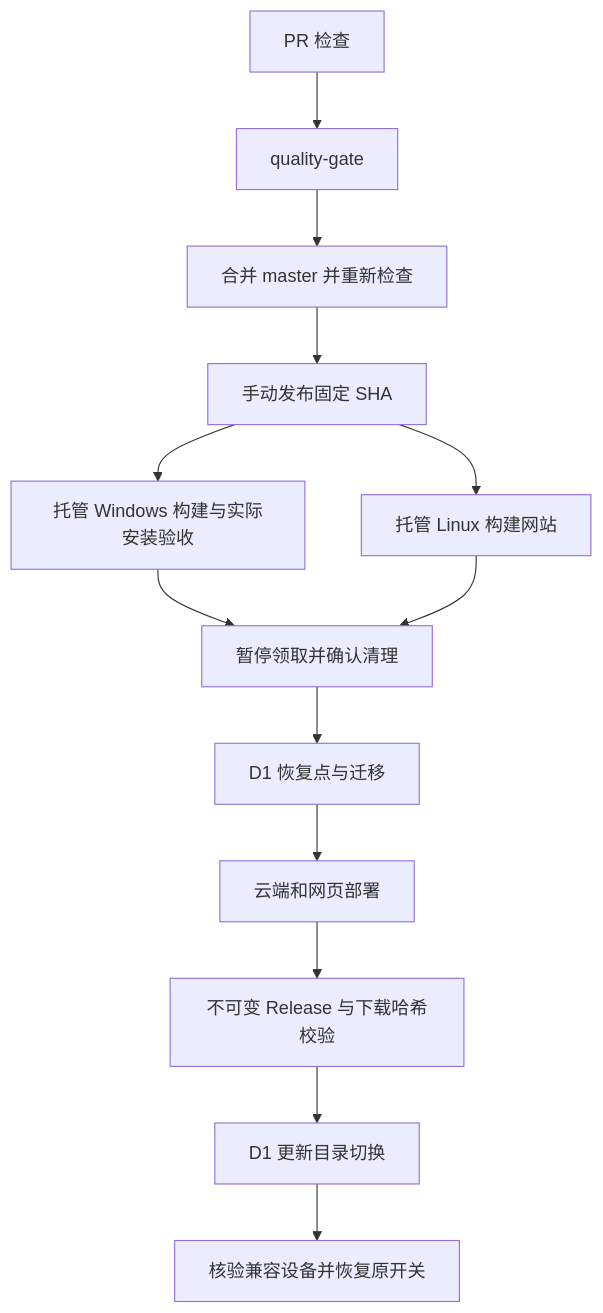
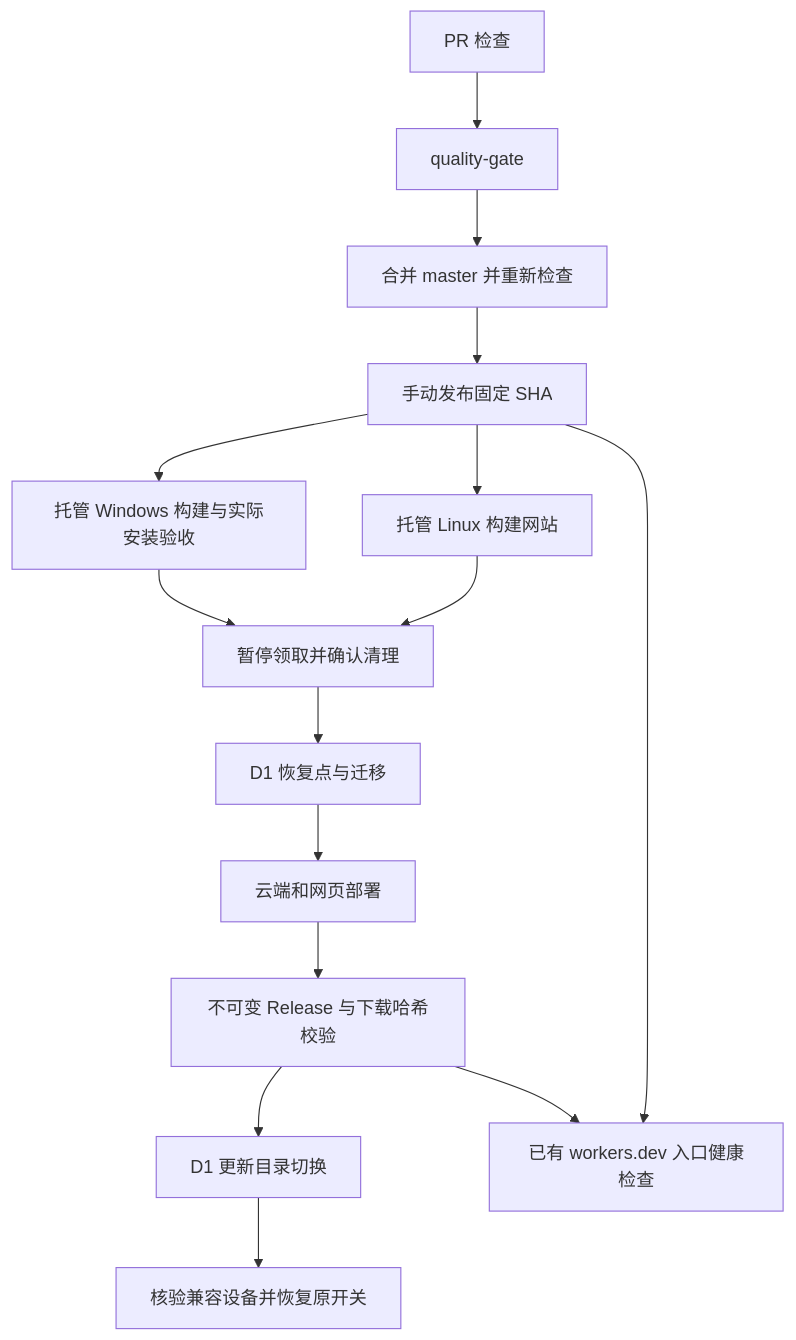
One commit to zhangheng2022/taskrelay changed the diagram in docs/ARCHITECTURE.md. Above: the diagram before and after it, drawn with Mermaid. The commit also changed other lines of this file and 17 other files, not shown here.

````diff
--- a/docs/ARCHITECTURE.md
+++ b/docs/ARCHITECTURE.md
@@ -5,15 +5,17 @@
 ```mermaid
 flowchart TD
     PR[PR 检查] --> G[quality-gate]
     G --> M[合并 master 并重新检查]
     M --> R[手动发布固定 SHA]
     R --> W[托管 Windows 构建与实际安装验收]
     R --> B[托管 Linux 构建网站]
     W --> P[暂停领取并确认清理]
     B --> P
     P --> D[D1 恢复点与迁移]
     D --> C[云端和网页部署]
     C --> A[不可变 Release 与下载哈希校验]
     A --> U[D1 更新目录切换]
     U --> E[核验兼容设备并恢复原开关]
+    R --> H[已有 workers.dev 入口健康检查]
+    A --> H
 ```
````
